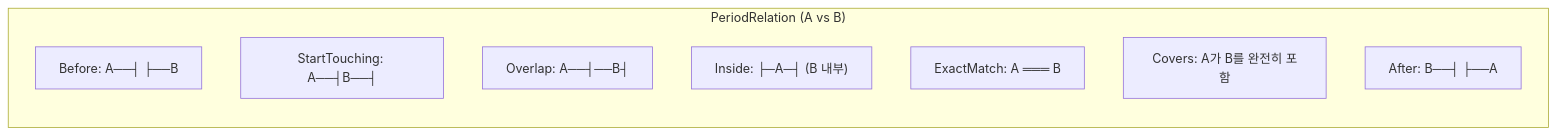
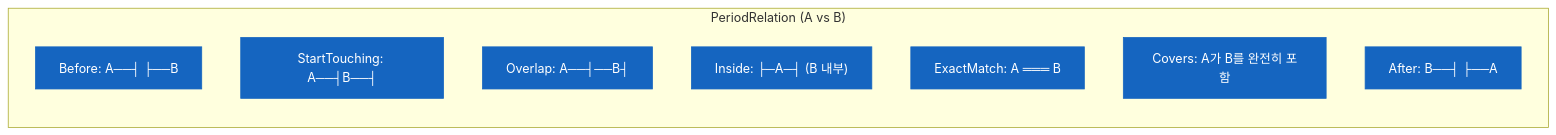
One commit to bluetape4k/bluetape4k-projects changed the third of 3 diagrams in utils/javatimes/README.ko.md. Above: the diagram before and after it, drawn with Mermaid. The commit also changed other lines of this file and 221 other files, not shown here.

First line of the commit message:
docs: 전체 모듈 README UML 다이어그램 보강 및 색상 업그레이드

````diff
--- a/utils/javatimes/README.ko.md
+++ b/utils/javatimes/README.ko.md
@@ -121,13 +145,19 @@
 ```mermaid
 flowchart LR
     subgraph rel["PeriodRelation (A vs B)"]
         direction TB
         R1["Before: A──┤ ├──B"]
         R2["StartTouching: A──┤B──┤"]
         R3["Overlap: A──┤──B┤"]
         R4["Inside: ├─A─┤ (B 내부)"]
         R5["ExactMatch: A ═══ B"]
         R6["Covers: A가 B를 완전히 포함"]
         R7["After: B──┤ ├──A"]
     end
+
+    classDef coreStyle fill:#1B5E20,stroke:#1B5E20,color:#FFFFFF,font-weight:bold
+    classDef serviceStyle fill:#1565C0,stroke:#1565C0,color:#FFFFFF
+    classDef dataStyle fill:#F57F17,stroke:#F57F17,color:#000000
+
+    class R1,R2,R3,R4,R5,R6,R7 serviceStyle
 ```
````
